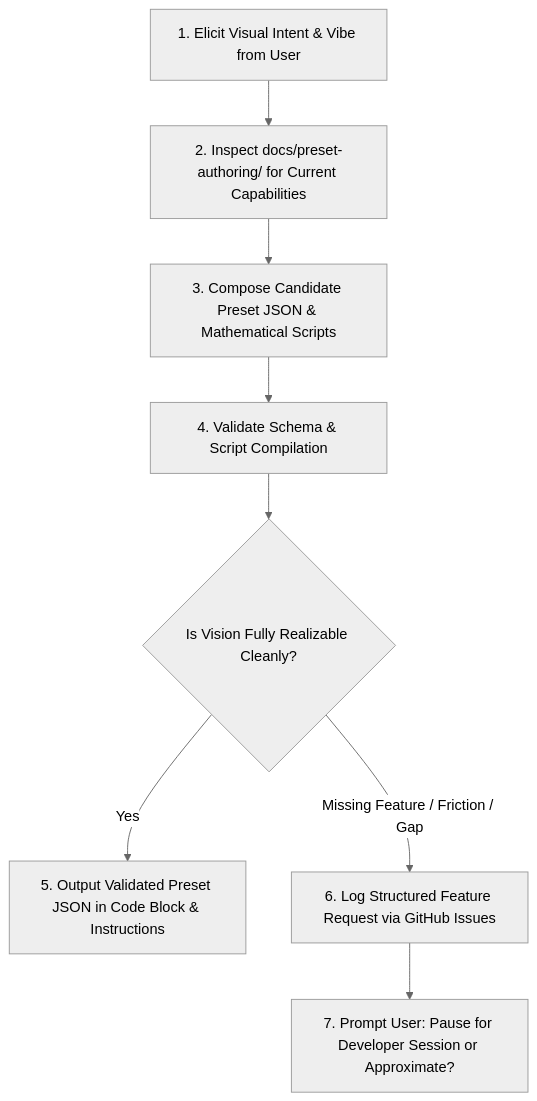
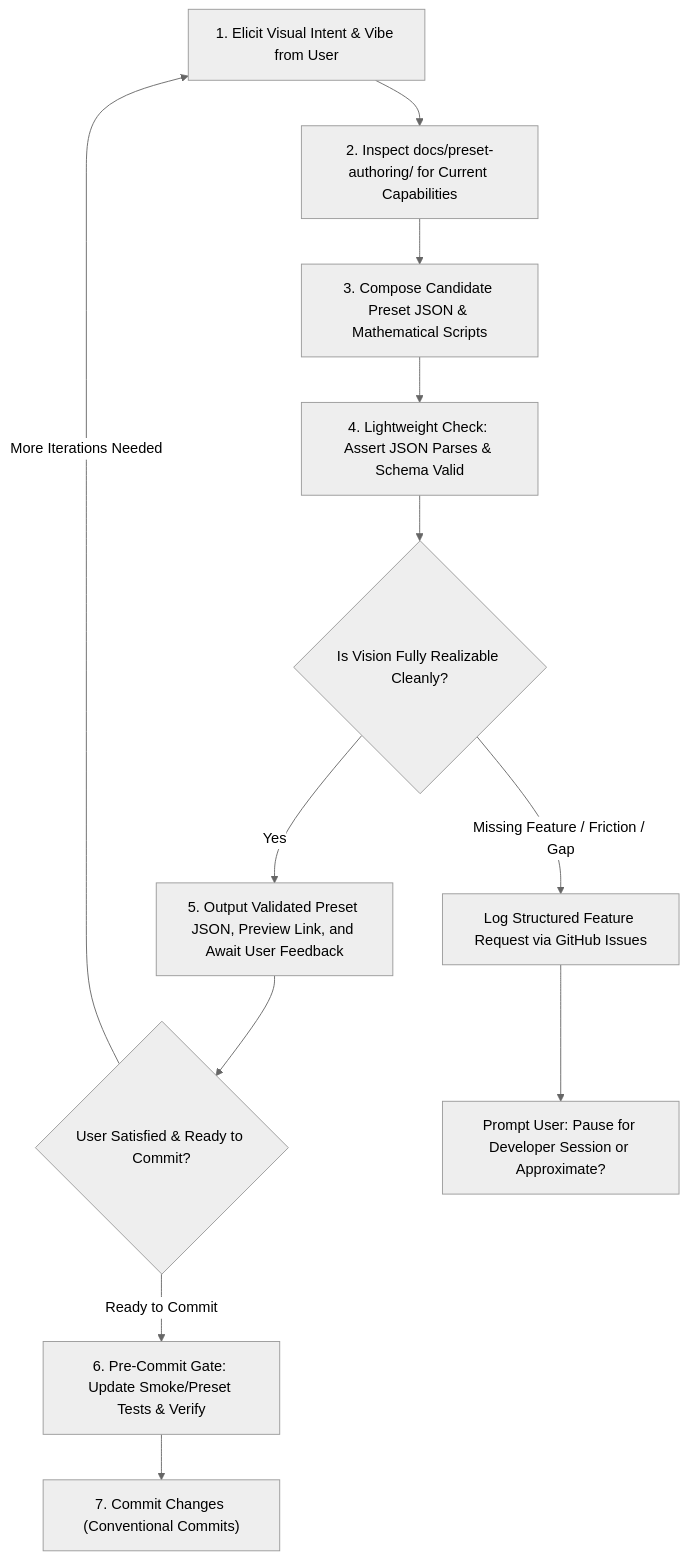
Before and after one commit to andyjpeck/visualitzacio: the diagram in .agents/skills/preset-designer/SKILL.md, drawn with Mermaid (neutral theme). The commit also changed other lines of this file and 1 other file, not shown here.

Commit message:
feat(workflow): streamline preset designer iteration loop with pre-commit test gate

````diff
--- a/.agents/skills/preset-designer/SKILL.md
+++ b/.agents/skills/preset-designer/SKILL.md
@@ -21,12 +21,16 @@
 ```mermaid
 flowchart TD
     Prompt["1. Elicit Visual Intent & Vibe from User"] --> Inspect["2. Inspect docs/preset-authoring/ for Current Capabilities"]
     Inspect --> Compose["3. Compose Candidate Preset JSON & Mathematical Scripts"]
-    Compose --> Validate["4. Validate Schema & Script Compilation"]
+    Compose --> Validate["4. Lightweight Check: Assert JSON Parses & Schema Valid"]
     Validate --> Feasibility{"Is Vision Fully Realizable Cleanly?"}
     
-    Feasibility -- Yes --> Deliver["5. Output Validated Preset JSON in Code Block & Instructions"]
+    Feasibility -- Yes --> Deliver["5. Output Validated Preset JSON, Preview Link, and Await User Feedback"]
+    Deliver --> UserReview{"User Satisfied & Ready to Commit?"}
+    UserReview -- More Iterations Needed --> Prompt
+    UserReview -- Ready to Commit --> Finalize["6. Pre-Commit Gate: Update Smoke/Preset Tests & Verify"]
+    Finalize --> Commit["7. Commit Changes (Conventional Commits)"]
     
-    Feasibility -- Missing Feature / Friction / Gap --> Friction["6. Log Structured Feature Request via GitHub Issues"]
-    Friction --> Gate["7. Prompt User: Pause for Developer Session or Approximate?"]
+    Feasibility -- Missing Feature / Friction / Gap --> Friction["Log Structured Feature Request via GitHub Issues"]
+    Friction --> Gate["Prompt User: Pause for Developer Session or Approximate?"]
 ```
````
